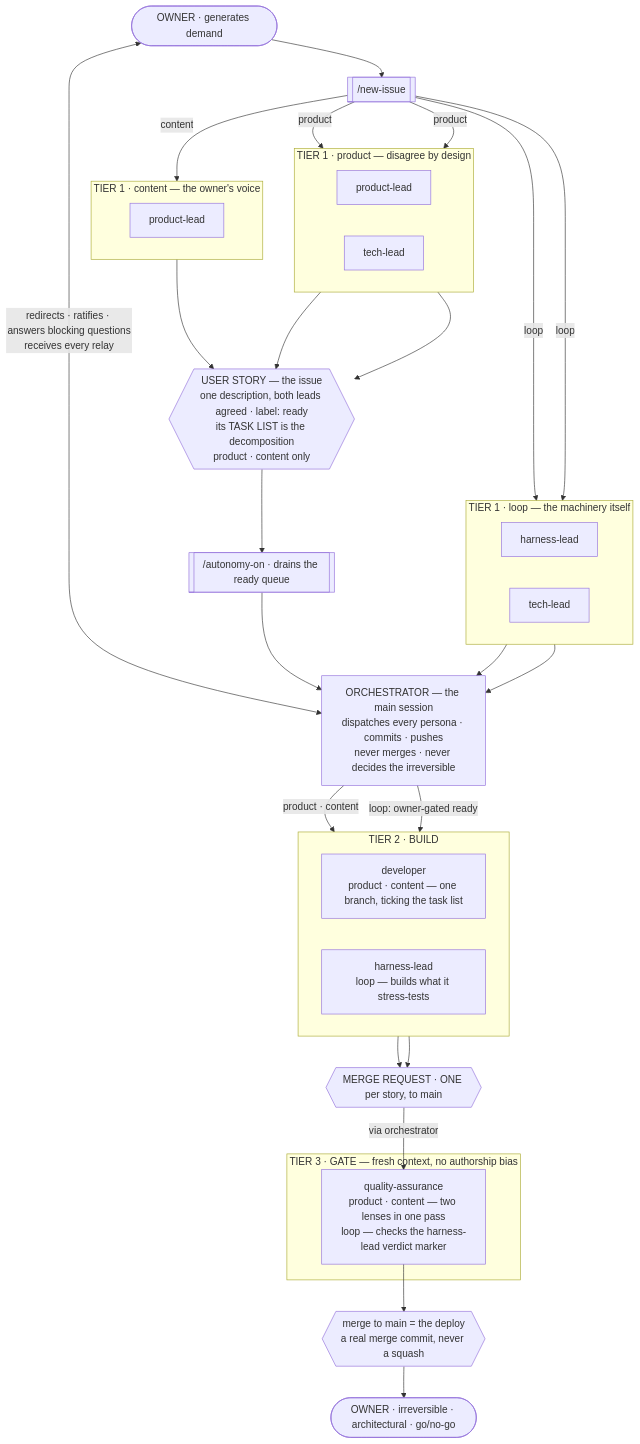
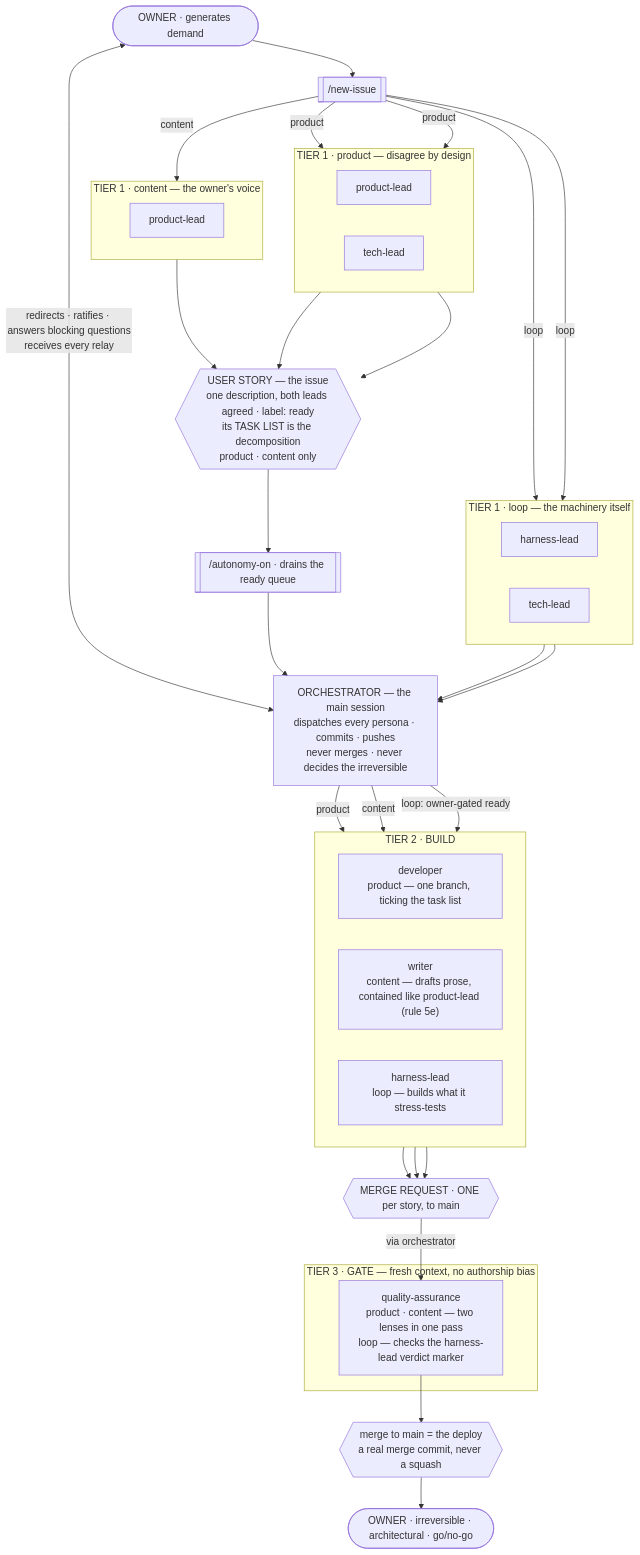
The first of 5 diagrams in README.md (tedeuxx/tadeumendonca-skills), drawn with Mermaid before and after one commit. The commit also changed other lines of this file and 12 other files, not shown here.

````diff
--- a/README.md
+++ b/README.md
@@ -135,69 +135,72 @@
 ```mermaid
 flowchart TB
   O(["OWNER · generates demand"])
   NI[["/new-issue"]]
 
   subgraph T1P["TIER 1 · product — disagree by design"]
     direction LR
     PL["product-lead"]
     TL["tech-lead"]
   end
 
   subgraph T1C["TIER 1 · content — the owner's voice"]
     direction LR
     PLC["product-lead"]
   end
 
   subgraph T1L["TIER 1 · loop — the machinery itself"]
     direction LR
     HR["harness-lead"]
     TLL["tech-lead"]
   end
 
   US{{"USER STORY — the issue<br/>one description, both leads agreed · label: ready<br/>its TASK LIST is the decomposition<br/>product · content only"}}
   AO[["/autonomy-on · drains the ready queue"]]
 
   ORCH["ORCHESTRATOR — the main session<br/>dispatches every persona · commits · pushes<br/>never merges · never decides the irreversible"]
 
   subgraph T2["TIER 2 · BUILD"]
     direction LR
-    DEV["developer<br/>product · content — one branch, ticking the task list"]
+    DEV["developer<br/>product — one branch, ticking the task list"]
+    WRT["writer<br/>content — drafts prose, contained like product-lead (rule 5e)"]
     HRB["harness-lead<br/>loop — builds what it stress-tests"]
   end
 
   MR{{"MERGE REQUEST · ONE per story, to main"}}
 
   subgraph T3["TIER 3 · GATE — fresh context, no authorship bias"]
     QA["quality-assurance<br/>product · content — two lenses in one pass<br/>loop — checks the harness-lead verdict marker"]
   end
 
   M{{"merge to main = the deploy<br/>a real merge commit, never a squash"}}
   OUT(["OWNER · irreversible · architectural · go/no-go"])
 
   O --> NI
   O <-->|"redirects · ratifies · answers blocking questions<br/>receives every relay"| ORCH
 
   NI -->|product| PL
   NI -->|product| TL
   NI -->|content| PLC
   NI -->|loop| HR
   NI -->|loop| TLL
 
   PL --> US
   TL --> US
   PLC --> US
   US --> AO
   AO --> ORCH
 
   HR --> ORCH
   TLL --> ORCH
 
-  ORCH -->|"product · content"| DEV
+  ORCH -->|"product"| DEV
+  ORCH -->|"content"| WRT
   ORCH -->|"loop: owner-gated ready"| HRB
 
   DEV --> MR
+  WRT --> MR
   HRB --> MR
   MR -->|"via orchestrator"| QA
   QA --> M
   M --> OUT
 ```
````
